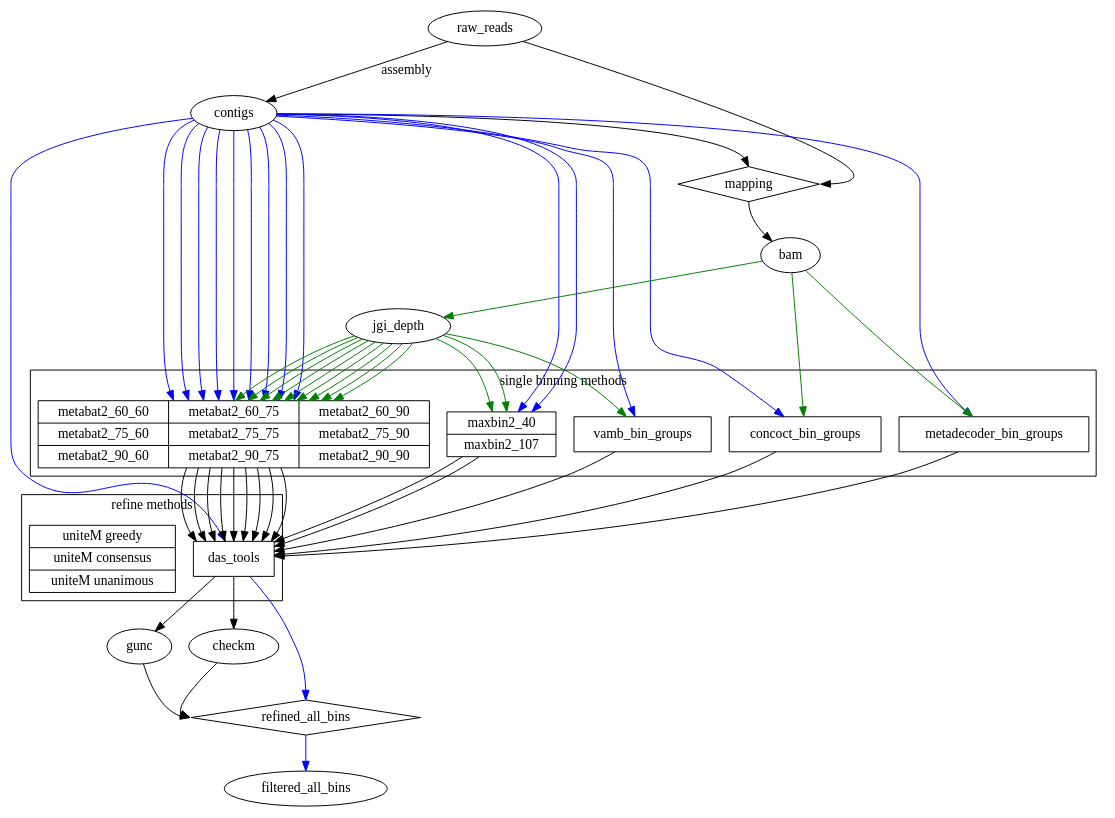
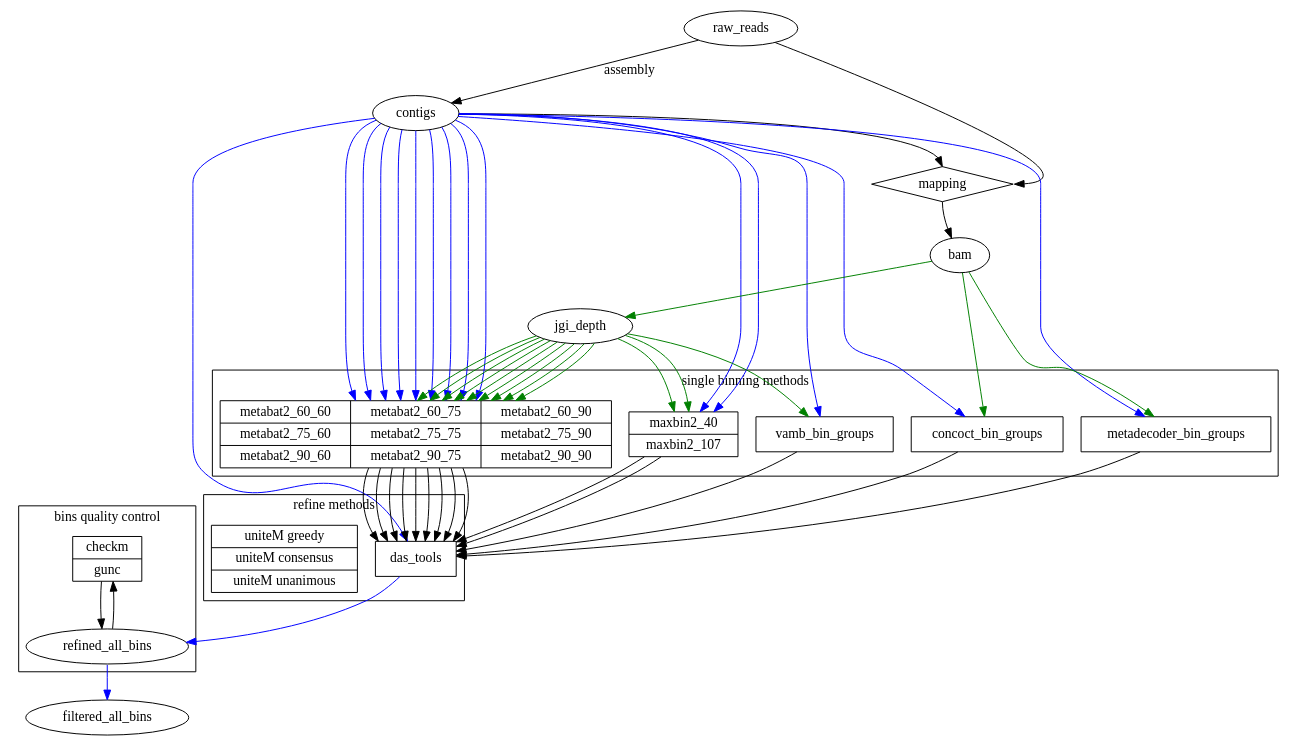
One commit to Hocnonsense/genome changed the diagram in docs/binning.dot. Above: the diagram before and after it, drawn with Graphviz. The commit also changed 1 other file, not shown here.

```diff
--- a/docs/binning.dot
+++ b/docs/binning.dot
@@ -1,77 +1,78 @@
 digraph {
     raw_reads -> contigs [label = "assembly";];
     mapping [shape = "diamond";];
     raw_reads -> mapping [headport = "e";];
     contigs -> mapping [headport = "n";];
     mapping -> bam [tailport = "s";];
     bam -> jgi_depth [color = "green";];
     subgraph cluster_bin_groups {
         label = "single binning methods";
         metabat2_bin_groups [label = "{{metabat2_60_60|metabat2_60_75|metabat2_60_90}|{metabat2_75_60|metabat2_75_75|metabat2_75_90}|{metabat2_90_60|metabat2_90_75|metabat2_90_90}}";shape = "record";];
         maxbin2_bin_groups [label = "{maxbin2_40|maxbin2_107}";shape = "record";];
         concoct_bin_groups [shape = "record";];
         metadecoder_bin_groups [shape = "record";];
         vamb_bin_groups [shape = "record";];
     }
     contigs -> metabat2_bin_groups [color = "blue";];
     contigs -> metabat2_bin_groups [color = "blue";];
     contigs -> metabat2_bin_groups [color = "blue";];
     contigs -> metabat2_bin_groups [color = "blue";];
     contigs -> metabat2_bin_groups [color = "blue";];
     contigs -> metabat2_bin_groups [color = "blue";];
     contigs -> metabat2_bin_groups [color = "blue";];
     contigs -> metabat2_bin_groups [color = "blue";];
     contigs -> metabat2_bin_groups [color = "blue";];
     contigs -> maxbin2_bin_groups [color = "blue";];
     contigs -> maxbin2_bin_groups [color = "blue";];
     contigs -> concoct_bin_groups [color = "blue";];
     contigs -> metadecoder_bin_groups [color = "blue";];
     contigs -> vamb_bin_groups [color = "blue";];
     
     jgi_depth -> metabat2_bin_groups [color = "green";];
     jgi_depth -> metabat2_bin_groups [color = "green";];
     jgi_depth -> metabat2_bin_groups [color = "green";];
     jgi_depth -> metabat2_bin_groups [color = "green";];
     jgi_depth -> metabat2_bin_groups [color = "green";];
     jgi_depth -> metabat2_bin_groups [color = "green";];
     jgi_depth -> metabat2_bin_groups [color = "green";];
     jgi_depth -> metabat2_bin_groups [color = "green";];
     jgi_depth -> metabat2_bin_groups [color = "green";];
     jgi_depth -> maxbin2_bin_groups [color = "green";];
     jgi_depth -> maxbin2_bin_groups [color = "green";];
     jgi_depth -> vamb_bin_groups [color = "green";];
     bam -> concoct_bin_groups [color = "green";];
     bam -> metadecoder_bin_groups [color = "green";];
     
     subgraph cluster_refine {
         label = "refine methods";
         das_tools [shape = "record";];
         uniteM [label = "{uniteM greedy|uniteM consensus|uniteM unanimous}";shape = "record";];
     }
+    subgraph cluster_filter {
+        label = "bins quality control";
+        checkm_gunc [shape = "record";label = "{checkm|gunc}";];
+        refined_all_bins;
+    }
     contigs -> das_tools [color = "blue";];
     
     metabat2_bin_groups -> das_tools;
     metabat2_bin_groups -> das_tools;
     metabat2_bin_groups -> das_tools;
     metabat2_bin_groups -> das_tools;
     metabat2_bin_groups -> das_tools;
     metabat2_bin_groups -> das_tools;
     metabat2_bin_groups -> das_tools;
     metabat2_bin_groups -> das_tools;
     metabat2_bin_groups -> das_tools;
     maxbin2_bin_groups -> das_tools;
     maxbin2_bin_groups -> das_tools;
     concoct_bin_groups -> das_tools;
     metadecoder_bin_groups -> das_tools;
     vamb_bin_groups -> das_tools;
     
-    refined_all_bins [shape = "diamond";];
-    das_tools -> refined_all_bins [headport = "n"; color = "blue";];
+    das_tools -> refined_all_bins [color = "blue";];
     
-    das_tools -> checkm;
-    das_tools -> gunc;
+    refined_all_bins -> checkm_gunc -> refined_all_bins;
     
-    checkm -> refined_all_bins [headport = "w";];
-    gunc -> refined_all_bins [headport = "w";];
     refined_all_bins -> filtered_all_bins [tailport = "s"; color = "blue";];
 }
```
